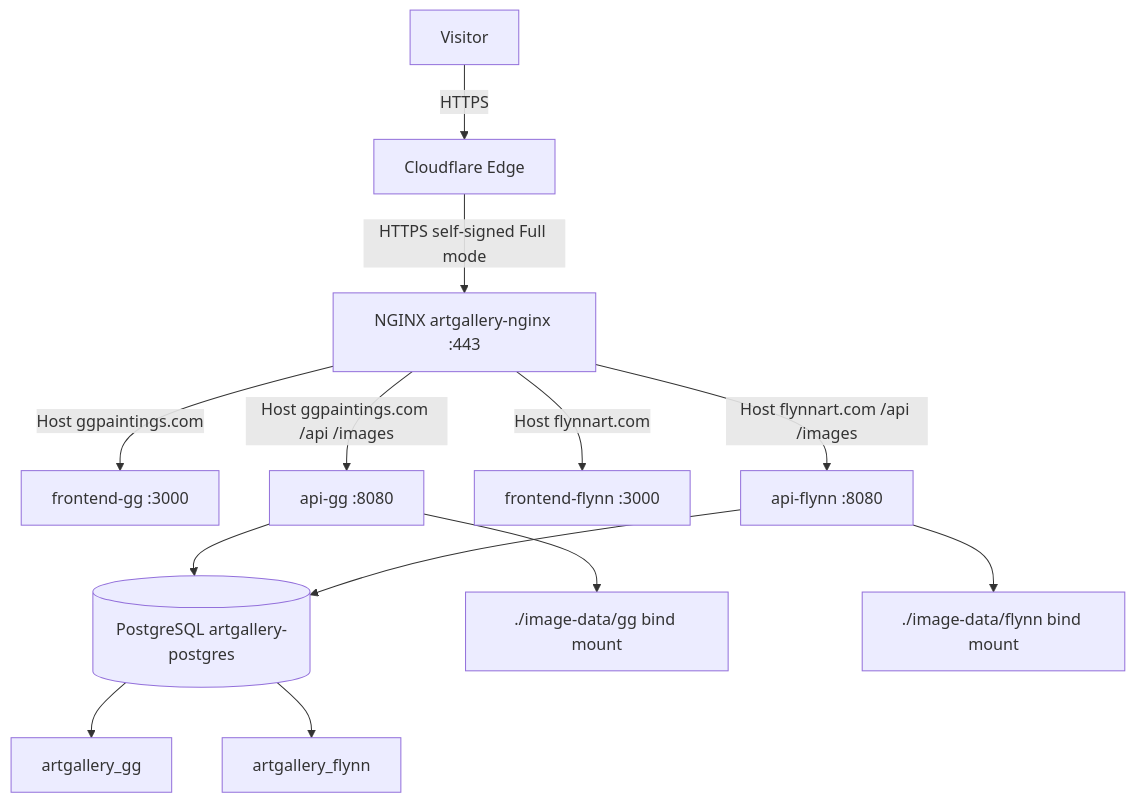
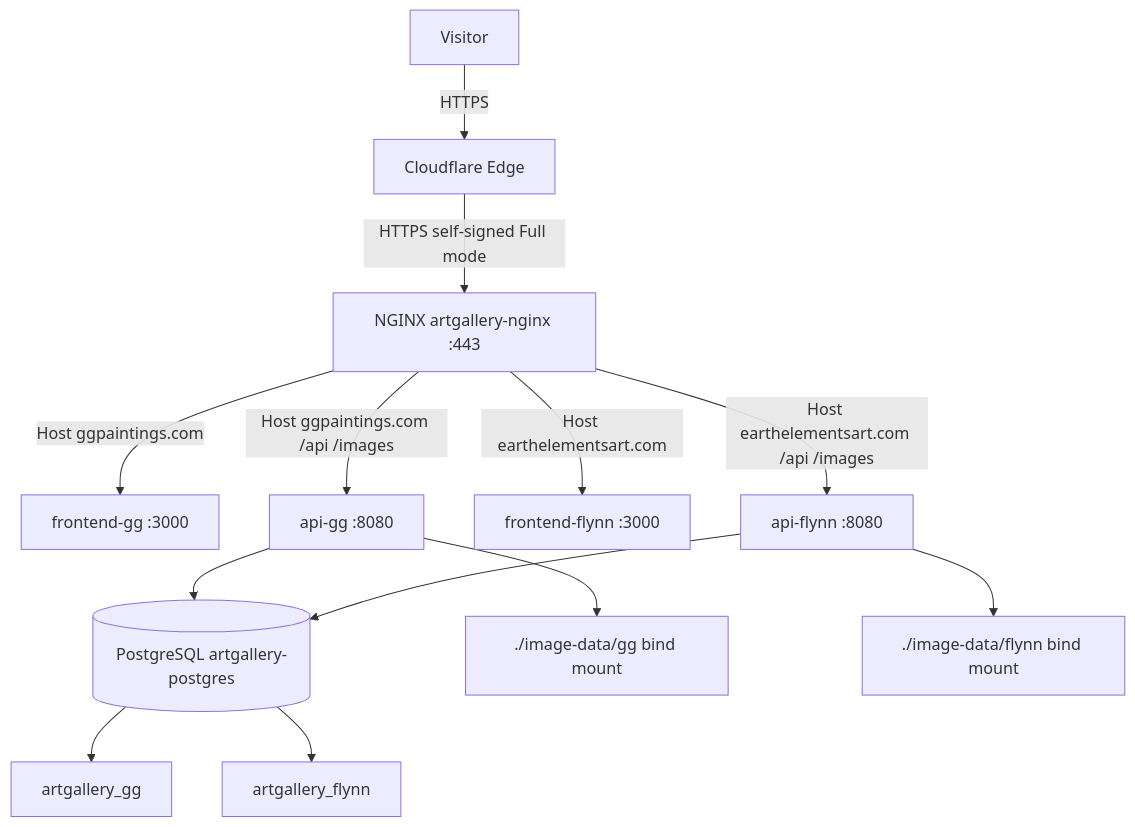
Before and after one commit to JFlynn426/Painting_Website_Docker_NextJS: the diagram in plans/cloudflare-flynn-implementation.md, drawn with Mermaid. The commit also changed other lines of this file and 26 other files, not shown here.

````diff
--- a/plans/cloudflare-flynn-implementation.md
+++ b/plans/cloudflare-flynn-implementation.md
@@ -17,15 +24,15 @@
 ```mermaid
 graph TD
     V1[Visitor] -->|HTTPS| CF[Cloudflare Edge]
     CF -->|HTTPS self-signed Full mode| NG[NGINX artgallery-nginx :443]
     NG -->|Host ggpaintings.com| FG[frontend-gg :3000]
     NG -->|Host ggpaintings.com /api /images| AG[api-gg :8080]
-    NG -->|Host flynnart.com| FF[frontend-flynn :3000]
-    NG -->|Host flynnart.com /api /images| AF[api-flynn :8080]
+    NG -->|Host earthelementsart.com| FF[frontend-flynn :3000]
+    NG -->|Host earthelementsart.com /api /images| AF[api-flynn :8080]
     AG --> PG[(PostgreSQL artgallery-postgres)]
     AF --> PG
     PG --> DBG[artgallery_gg]
     PG --> DBF[artgallery_flynn]
     AG --> IMG1[./image-data/gg bind mount]
     AF --> IMG2[./image-data/flynn bind mount]
 ```
````
